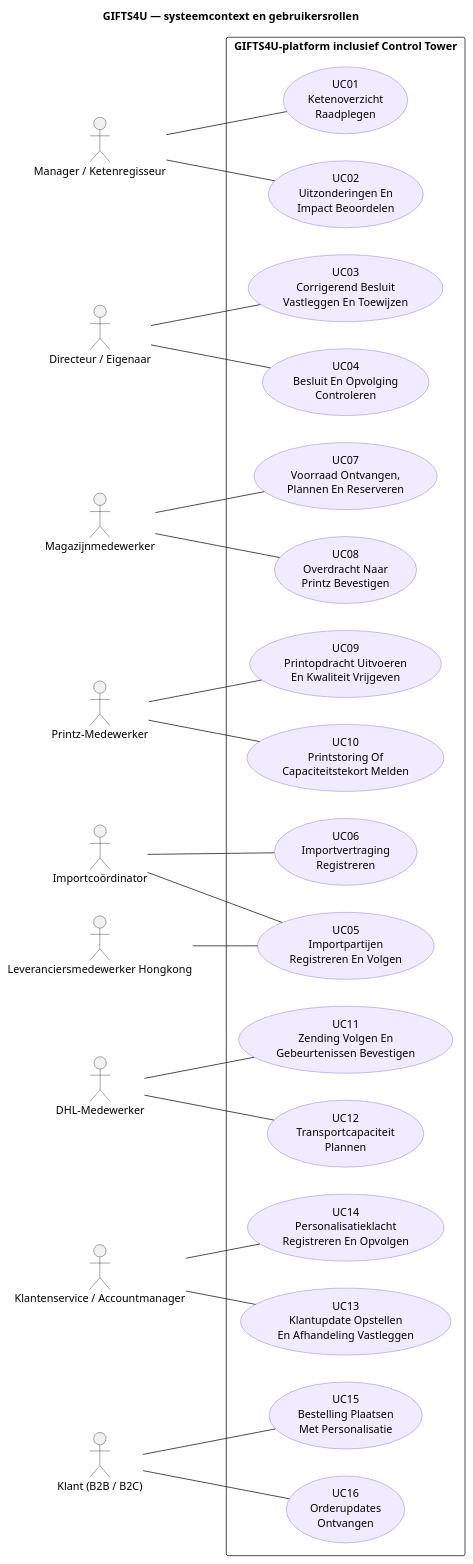
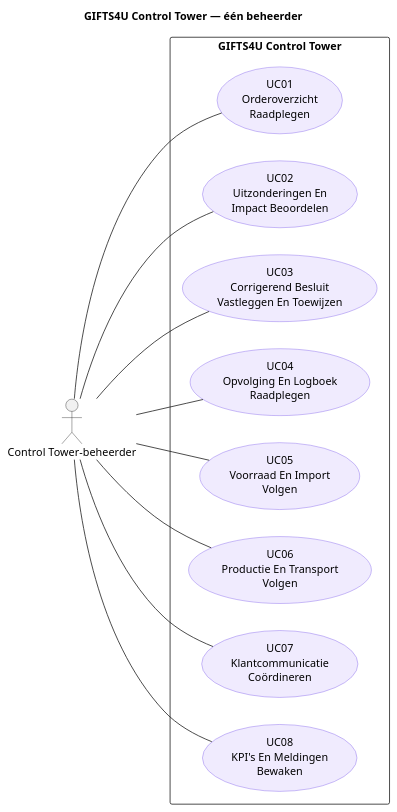
The diagram in products/system context/use-case-diagram.puml (Immanuel-Cairo/gifts4u-control-tower), drawn with PlantUML before and after one commit. The commit also changed 6 other files, not shown here.

Commit message:
docs(products): model Control Tower with a single operator

```diff
--- a/products/system context/use-case-diagram.puml
+++ b/products/system context/use-case-diagram.puml
@@ -1,55 +1,30 @@
 @startuml
 left to right direction
 skinparam shadowing false
 skinparam packageStyle rectangle
 skinparam actorStyle stickman
 skinparam usecase {
   BackgroundColor #F0EBFE
   BorderColor #7855E9
 }
-title GIFTS4U — systeemcontext en gebruikersrollen
-actor "Manager / Ketenregisseur" as manager
-actor "Directeur / Eigenaar" as directeur
-actor "Importcoördinator" as importCoordinator
-actor "Magazijnmedewerker" as magazijn
-actor "Printz-Medewerker" as printz
-actor "DHL-Medewerker" as dhl
-actor "Klantenservice / Accountmanager" as service
-actor "Klant (B2B / B2C)" as klant
-actor "Leveranciersmedewerker Hongkong" as leverancier
-rectangle "GIFTS4U-platform inclusief Control Tower" {
-  usecase "UC01\nKetenoverzicht\nRaadplegen" as UC01
+title GIFTS4U Control Tower — één beheerder
+actor "Control Tower-beheerder" as beheerder
+rectangle "GIFTS4U Control Tower" {
+  usecase "UC01\nOrderoverzicht\nRaadplegen" as UC01
   usecase "UC02\nUitzonderingen En\nImpact Beoordelen" as UC02
   usecase "UC03\nCorrigerend Besluit\nVastleggen En Toewijzen" as UC03
-  usecase "UC04\nBesluit En Opvolging\nControleren" as UC04
-  usecase "UC05\nImportpartijen\nRegistreren En Volgen" as UC05
-  usecase "UC06\nImportvertraging\nRegistreren" as UC06
-  usecase "UC07\nVoorraad Ontvangen,\nPlannen En Reserveren" as UC07
-  usecase "UC08\nOverdracht Naar\nPrintz Bevestigen" as UC08
-  usecase "UC09\nPrintopdracht Uitvoeren\nEn Kwaliteit Vrijgeven" as UC09
-  usecase "UC10\nPrintstoring Of\nCapaciteitstekort Melden" as UC10
-  usecase "UC11\nZending Volgen En\nGebeurtenissen Bevestigen" as UC11
-  usecase "UC12\nTransportcapaciteit\nPlannen" as UC12
-  usecase "UC13\nKlantupdate Opstellen\nEn Afhandeling Vastleggen" as UC13
-  usecase "UC14\nPersonalisatieklacht\nRegistreren En Opvolgen" as UC14
-  usecase "UC15\nBestelling Plaatsen\nMet Personalisatie" as UC15
-  usecase "UC16\nOrderupdates\nOntvangen" as UC16
+  usecase "UC04\nOpvolging En Logboek\nRaadplegen" as UC04
+  usecase "UC05\nVoorraad En Import\nVolgen" as UC05
+  usecase "UC06\nProductie En Transport\nVolgen" as UC06
+  usecase "UC07\nKlantcommunicatie\nCoördineren" as UC07
+  usecase "UC08\nKPI's En Meldingen\nBewaken" as UC08
 }
-manager -- UC01
-manager -- UC02
-directeur -- UC03
-directeur -- UC04
-importCoordinator -- UC05
-importCoordinator -- UC06
-magazijn -- UC07
-magazijn -- UC08
-printz -- UC09
-printz -- UC10
-dhl -- UC11
-dhl -- UC12
-service -- UC13
-service -- UC14
-klant -- UC15
-klant -- UC16
-leverancier -- UC05
+beheerder -- UC01
+beheerder -- UC02
+beheerder -- UC03
+beheerder -- UC04
+beheerder -- UC05
+beheerder -- UC06
+beheerder -- UC07
+beheerder -- UC08
 @enduml
```
